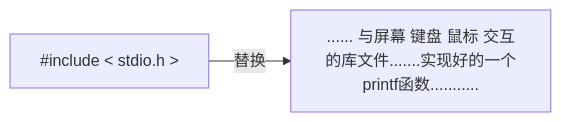
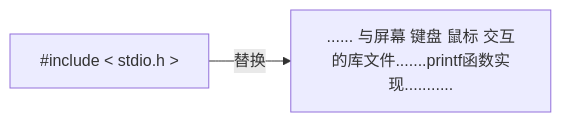
Before and after one commit to Chenpeel/Chenpeel.github.io: the sixth of 6 diagrams in docs/cs/basic/c_cpp/0x01.md, drawn with Mermaid. The commit also changed other lines of this file and 4 other files, not shown here.

````diff
--- a/docs/cs/basic/c_cpp/0x01.md
+++ b/docs/cs/basic/c_cpp/0x01.md
@@ -176,7 +176,7 @@
 ```mermaid
 graph LR
 A[#include < stdio.h >]
-B[...... 与屏幕 键盘 鼠标 交互的库文件.......实现好的一个printf函数...........]
+B[...... 与屏幕 键盘 鼠标 交互的库文件.......printf函数实现...........]
 A -- "替换" -->B
 
 ```
````
